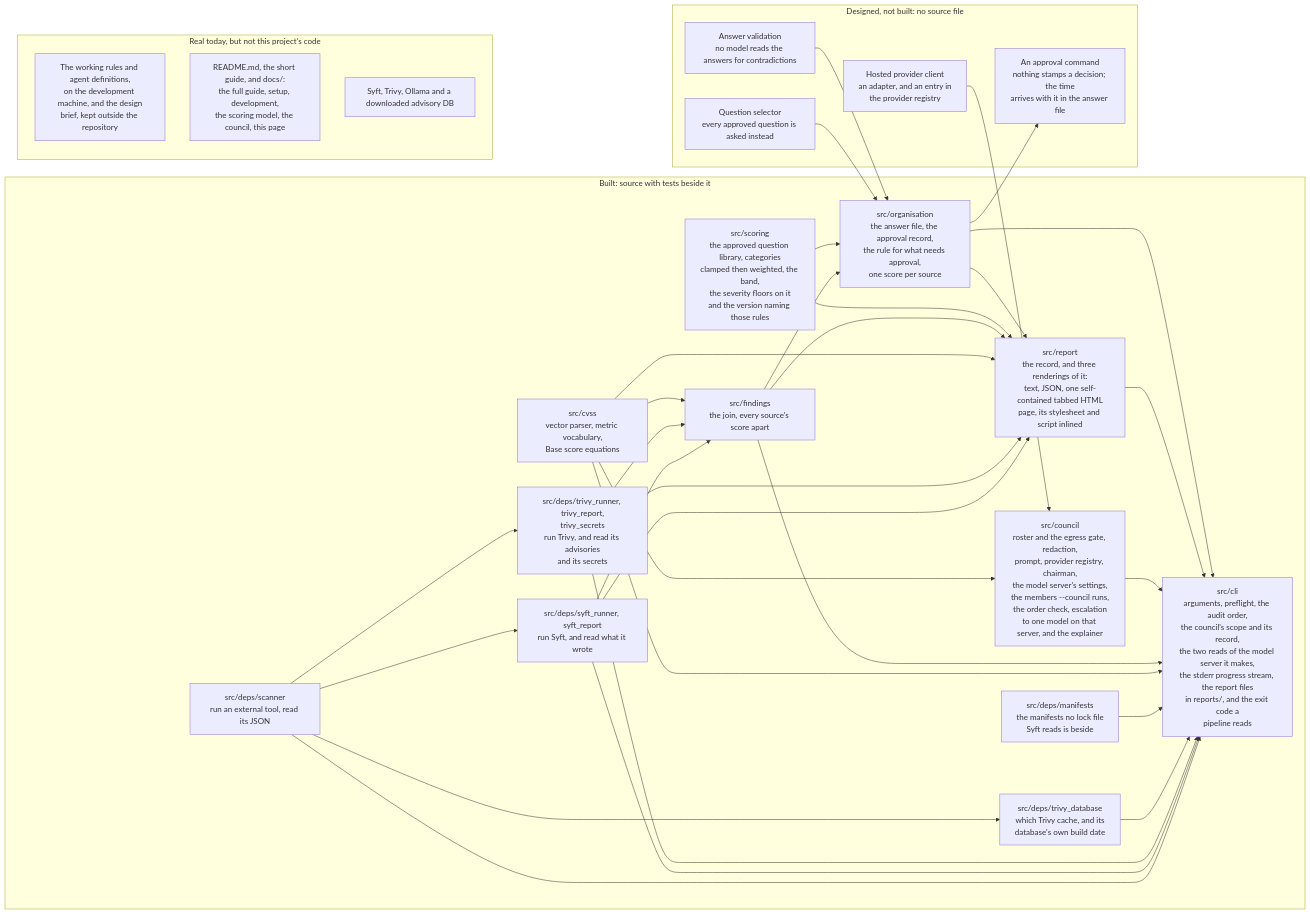
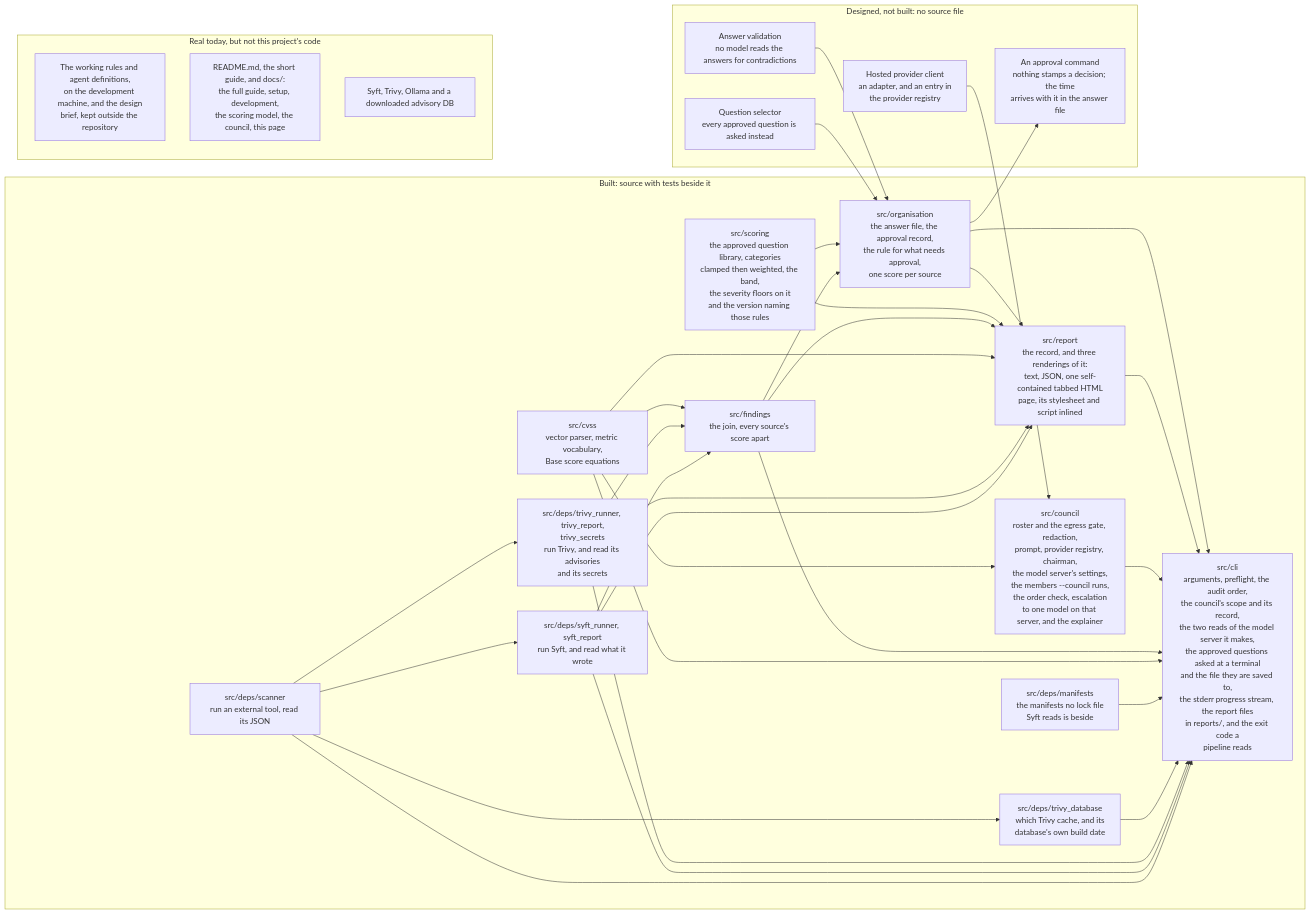
Before and after one commit to heinthtnaung/AgenticLLMAppAuditor: the fifth of 5 diagrams in docs/diagrams.md, drawn with Mermaid. The commit also changed other lines of this file and 14 other files, not shown here.

Commit message:
Ask the approved questions at a terminal when no answer file is given

````diff
--- a/docs/diagrams.md
+++ b/docs/diagrams.md
@@ -615,60 +618,60 @@
 ```mermaid
 flowchart LR
     subgraph BUILT["Built: source with tests beside it"]
         b0["src/deps/scanner<br/>run an external tool, read its JSON"]
         b1["src/deps/syft_runner, syft_report<br/>run Syft, and read what it wrote"]
         b2["src/deps/trivy_runner, trivy_report,<br/>trivy_secrets<br/>run Trivy, and read its advisories<br/>and its secrets"]
         b3["src/deps/trivy_database<br/>which Trivy cache, and its<br/>database's own build date"]
         b11["src/deps/manifests<br/>the manifests no lock file<br/>Syft reads is beside"]
         b4["src/cvss<br/>vector parser, metric vocabulary,<br/>Base score equations"]
         b5["src/findings<br/>the join, every source's score apart"]
         b7["src/council<br/>roster and the egress gate, redaction,<br/>prompt, provider registry, chairman,<br/>the model server's settings,<br/>the members --council runs,<br/>the order check, escalation<br/>to one model on that server, and the explainer"]
         b8["src/report<br/>the record, and three renderings of it:<br/>text, JSON, one self-contained tabbed HTML<br/>page, its stylesheet and script inlined"]
-        b9["src/cli<br/>arguments, preflight, the audit order,<br/>the council's scope and its record,<br/>the two reads of the model server it makes,<br/>the stderr progress stream, the report files<br/>in reports/, and the exit code a<br/>pipeline reads"]
+        b9["src/cli<br/>arguments, preflight, the audit order,<br/>the council's scope and its record,<br/>the two reads of the model server it makes,<br/>the approved questions asked at a terminal<br/>and the file they are saved to,<br/>the stderr progress stream, the report files<br/>in reports/, and the exit code a<br/>pipeline reads"]
         b6["src/scoring<br/>the approved question library, categories<br/>clamped then weighted, the band,<br/>the severity floors on it<br/>and the version naming those rules"]
         b10["src/organisation<br/>the answer file, the approval record,<br/>the rule for what needs approval,<br/>one score per source"]
         b0 --> b1
         b0 --> b2
         b0 --> b3
         b0 --> b9
         b1 --> b5
         b1 --> b8
         b1 --> b9
         b2 --> b5
         b2 --> b8
         b2 --> b9
         b3 --> b9
         b11 --> b9
         b4 --> b5
         b4 --> b7
         b4 --> b8
         b4 --> b9
         b5 --> b8
         b5 --> b9
         b5 --> b10
         b6 --> b8
         b6 --> b10
         b7 --> b9
         b8 --> b9
         b10 --> b8
         b10 --> b9
     end
 
     subgraph UNBUILT["Designed, not built: no source file"]
         d2["Question selector<br/>every approved question is asked instead"]
         d3["Answer validation<br/>no model reads the answers for contradictions"]
         d6["Hosted provider client<br/>an adapter, and an entry in<br/>the provider registry"]
         d12["An approval command<br/>nothing stamps a decision; the time<br/>arrives with it in the answer file"]
     end
 
     d6 --> b7
     d2 --> b10
     d3 --> b10
     b10 --> d12
 
     subgraph REAL["Real today, but not this project's code"]
         x1["The working rules and agent definitions,<br/>on the development machine, and the design<br/>brief, kept outside the repository"]
         x2["README.md, the short guide, and docs/:<br/>the full guide, setup, development,<br/>the scoring model, the council, this page"]
         x4["Syft, Trivy, Ollama and a downloaded advisory DB"]
     end
 ```
````
